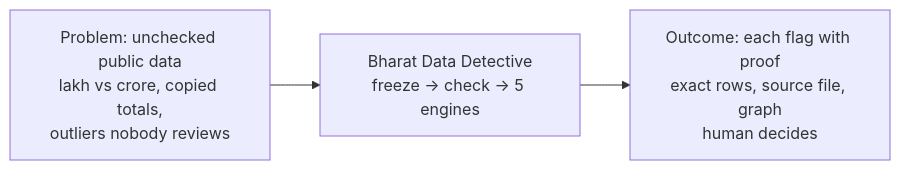
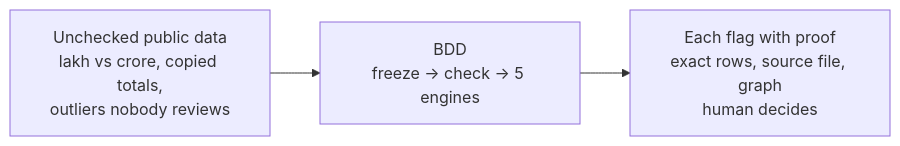
The diagram in README.md (dgexplores/Project-Nirikshan), drawn with Mermaid before and after one commit. The commit also changed other lines of this file and 1 other file, not shown here.

````diff
--- a/README.md
+++ b/README.md
@@ -66,5 +26,5 @@
 ```mermaid
 flowchart LR
-    P["Problem: unchecked public data<br/>lakh vs crore, copied totals,<br/>outliers nobody reviews"] --> BDD["Bharat Data Detective<br/>freeze → check → 5 engines"]
-    BDD --> OUT["Outcome: each flag with proof<br/>exact rows, source file, graph<br/>human decides"]
+    P["Unchecked public data<br/>lakh vs crore, copied totals,<br/>outliers nobody reviews"] --> BDD["BDD<br/>freeze → check → 5 engines"]
+    BDD --> OUT["Each flag with proof<br/>exact rows, source file, graph<br/>human decides"]
 ```
````
